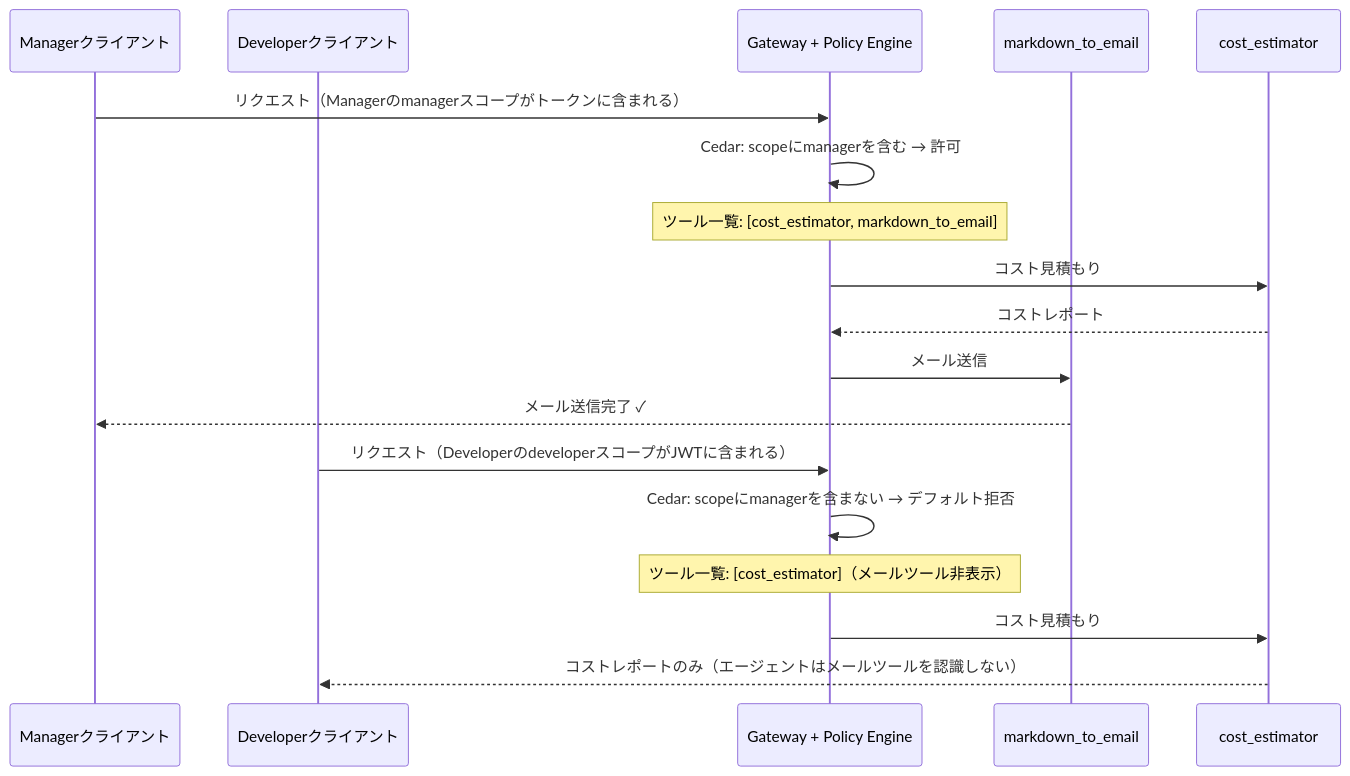
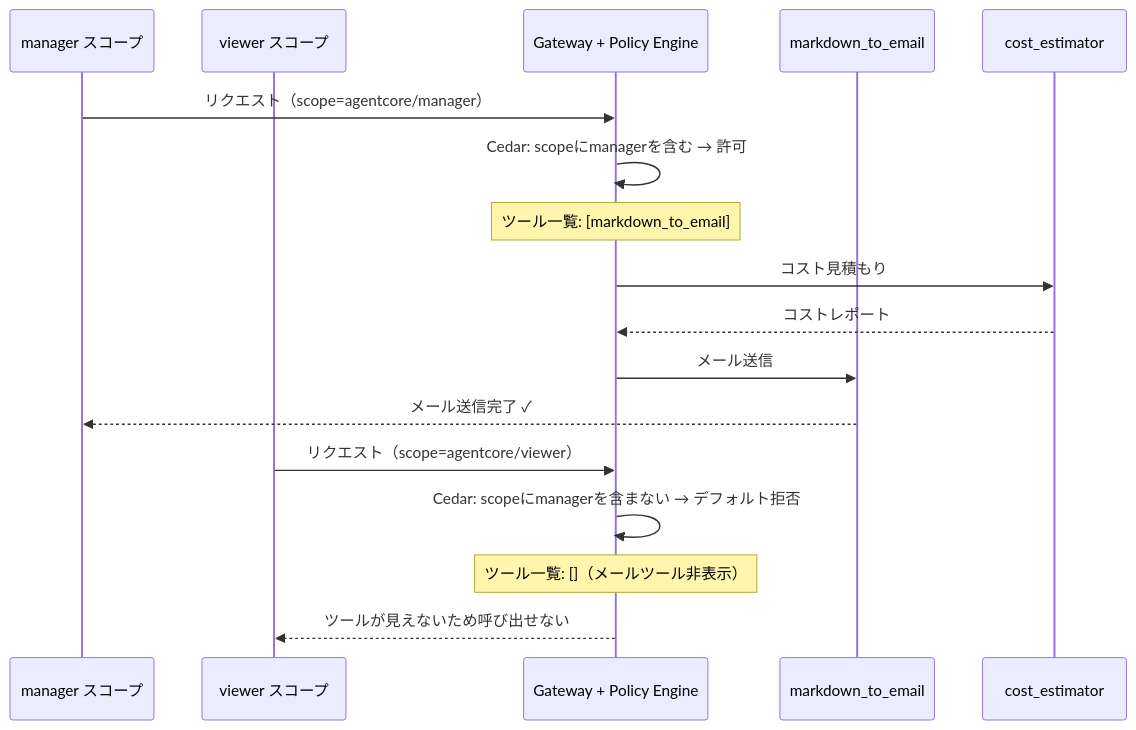
One commit to aws-samples/sample-amazon-bedrock-agentcore-onboarding changed the diagram in 08_policy/README_ja.md. Above: the diagram before and after it, drawn with Mermaid. The commit also changed other lines of this file and 68 other files, not shown here.

````diff
--- a/08_policy/README_ja.md
+++ b/08_policy/README_ja.md
@@ -99,22 +99,21 @@
 ```mermaid
 sequenceDiagram
-    participant M as Managerクライアント
-    participant D as Developerクライアント
+    participant M as manager スコープ
+    participant D as viewer スコープ
     participant GW as Gateway + Policy Engine
     participant Tool as markdown_to_email
     participant CE as cost_estimator
 
-    M->>GW: リクエスト（Managerのmanagerスコープがトークンに含まれる）
+    M->>GW: リクエスト（scope=agentcore/manager）
     GW->>GW: Cedar: scopeにmanagerを含む → 許可
-    Note over GW: ツール一覧: [cost_estimator, markdown_to_email]
+    Note over GW: ツール一覧: [markdown_to_email]
     GW->>CE: コスト見積もり
     CE-->>GW: コストレポート
     GW->>Tool: メール送信
     Tool-->>M: メール送信完了 ✓
 
-    D->>GW: リクエスト（DeveloperのdeveloperスコープがJWTに含まれる）
+    D->>GW: リクエスト（scope=agentcore/viewer）
     GW->>GW: Cedar: scopeにmanagerを含まない → デフォルト拒否
-    Note over GW: ツール一覧: [cost_estimator]（メールツール非表示）
-    GW->>CE: コスト見積もり
-    CE-->>D: コストレポートのみ（エージェントはメールツールを認識しない）
+    Note over GW: ツール一覧: []（メールツール非表示）
+    GW-->>D: ツールが見えないため呼び出せない
 ```
````
